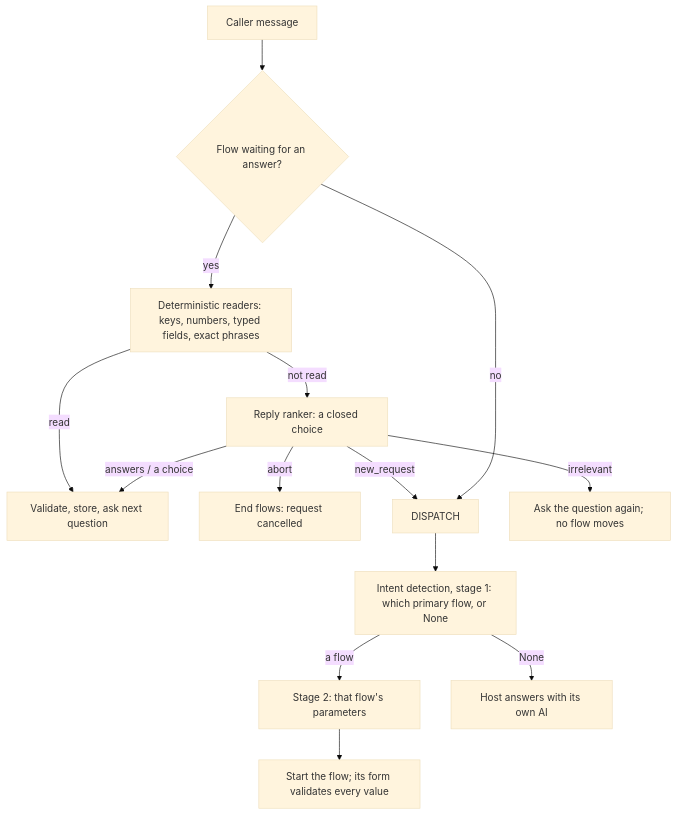
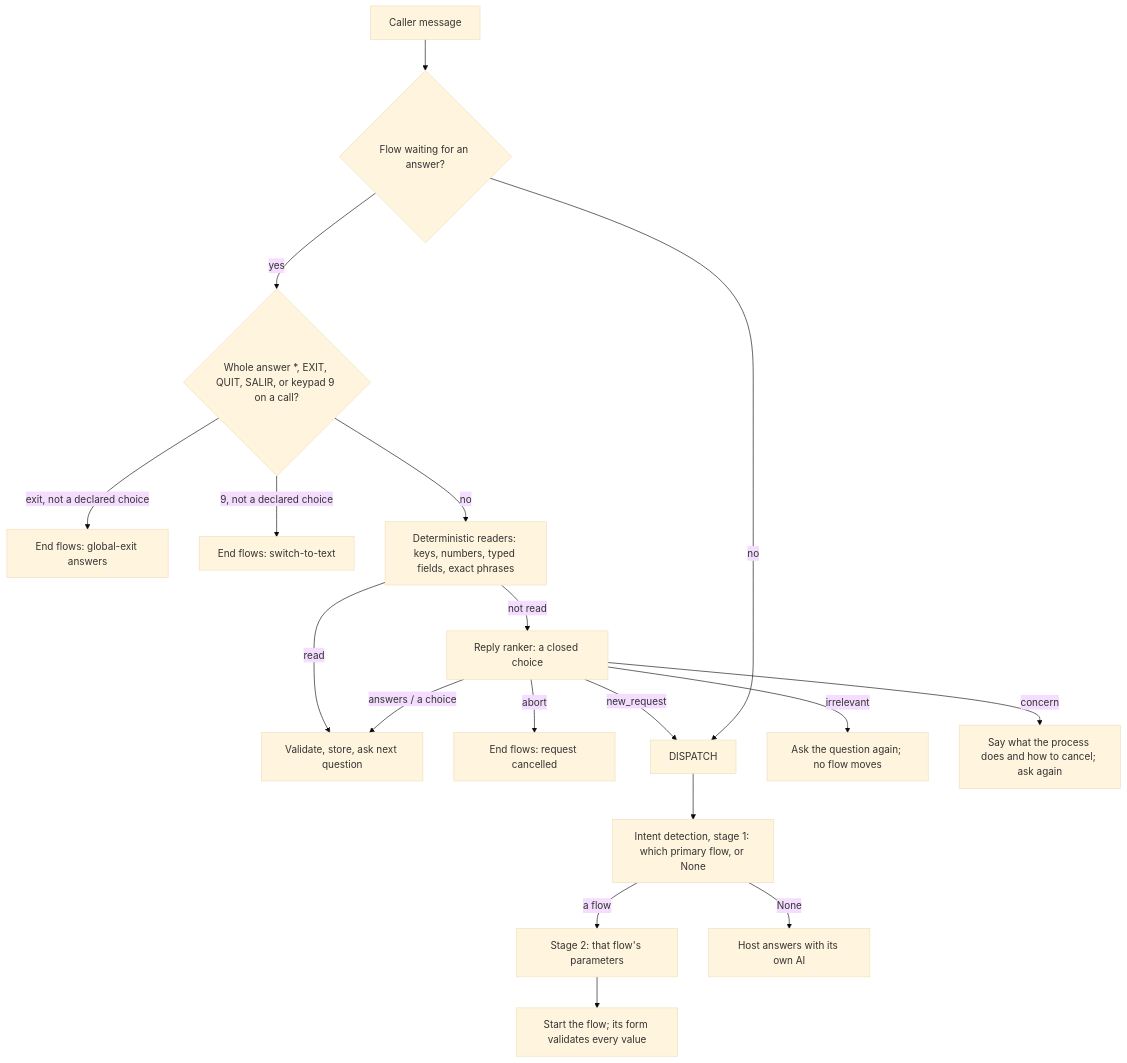
Before and after one commit to ronpinkas/jsfe: the second of 2 diagrams in docs/architecture-guide.md, drawn with Mermaid (base theme). The commit also changed other lines of this file and 1 other file, not shown here.

First line of the commit message:
jsfe docs: the architecture guide and the CoPilot reference describe 1.42.0: the global keys (EXIT and keypad 9, a declared choice wins, the ranker's abort keeps the generic reply), global-exit and its wrapper, user_description and the reply ranker's concern.

````diff
--- a/docs/architecture-guide.md
+++ b/docs/architecture-guide.md
@@ -231,16 +231,20 @@
 ```mermaid
 flowchart TD
    M[Caller message] --> A{Flow waiting for an answer?}
-   A -->|yes| R[Deterministic readers: keys, numbers, typed fields, exact phrases]
+   A -->|yes| G{Whole answer *, EXIT, QUIT, SALIR, or keypad 9 on a call?}
+   G -->|exit, not a declared choice| GX[End flows: global-exit answers]
+   G -->|9, not a declared choice| GT[End flows: switch-to-text]
+   G -->|no| R[Deterministic readers: keys, numbers, typed fields, exact phrases]
    R -->|read| V[Validate, store, ask next question]
    R -->|not read| K[Reply ranker: a closed choice]
    K -->|answers / a choice| V
    K -->|abort| X[End flows: request cancelled]
    K -->|new_request| D[DISPATCH]
    K -->|irrelevant| Q[Ask the question again; no flow moves]
+   K -->|concern| C[Say what the process does and how to cancel; ask again]
    A -->|no| D
    D --> S1[Intent detection, stage 1: which primary flow, or None]
    S1 -->|a flow| S2[Stage 2: that flow's parameters]
    S2 --> F[Start the flow; its form validates every value]
    S1 -->|None| HA[Host answers with its own AI]
 ```
````
